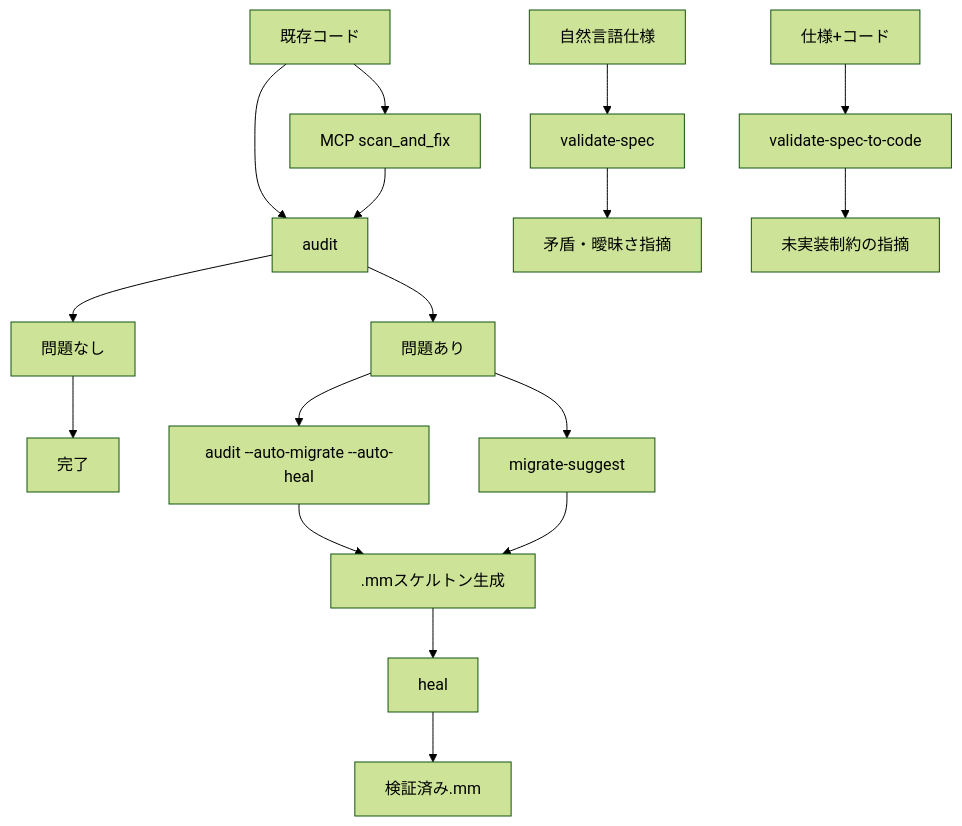
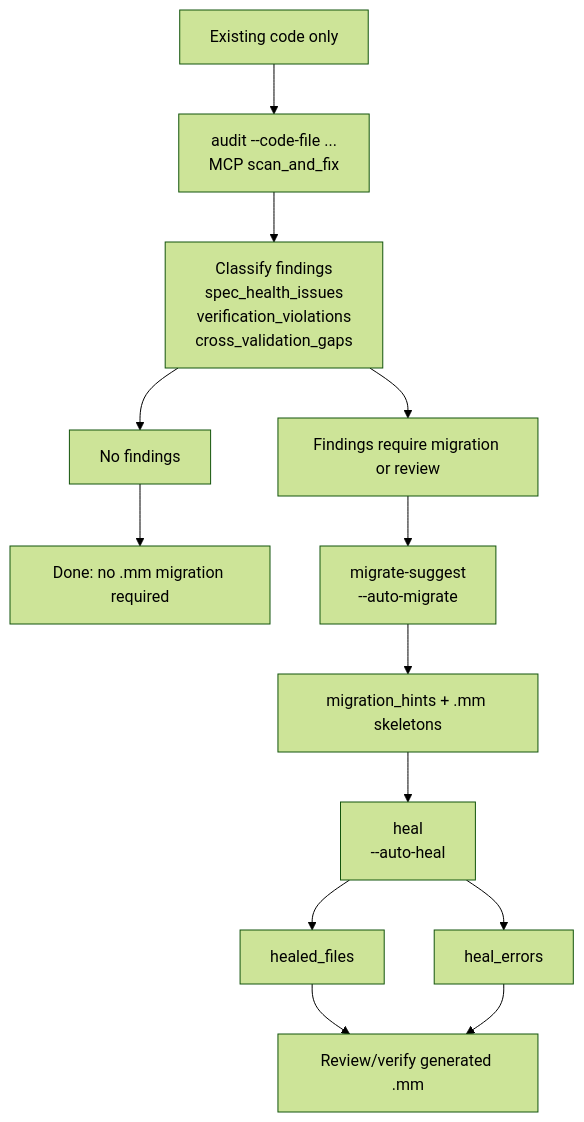
Before and after one commit to mumei-lang/mumei-agent: the second of 2 diagrams in README.md, drawn with Mermaid (forest theme). The commit also changed other lines of this file and 5 other files, not shown here.

````diff
--- a/README.md
+++ b/README.md
@@ -138,19 +151,15 @@
 ```mermaid
 flowchart TD
-    existing["既存コード"] --> audit["audit"]
-    existing --> mcp_scan["MCP scan_and_fix"]
-    mcp_scan --> audit
-    audit --> ok["問題なし"]
-    ok --> done["完了"]
-    audit --> issue["問題あり"]
-    issue --> one_cmd["audit --auto-migrate --auto-heal"]
-    issue --> migrate["migrate-suggest"]
-    one_cmd --> skeleton[".mmスケルトン生成"]
-    migrate --> skeleton[".mmスケルトン生成"]
-    skeleton --> heal["heal"]
-    heal --> verified["検証済み.mm"]
-    nl["自然言語仕様"] --> validate_spec["validate-spec"]
-    validate_spec --> spec_feedback["矛盾・曖昧さ指摘"]
-    spec_code["仕様+コード"] --> validate_spec_to_code["validate-spec-to-code"]
-    validate_spec_to_code --> missing_constraints["未実装制約の指摘"]
+    input["Existing code only"] --> entry["audit --code-file ...<br/>MCP scan_and_fix"]
+    entry --> classify["Classify findings<br/>spec_health_issues<br/>verification_violations<br/>cross_validation_gaps"]
+    classify --> clean["No findings"]
+    clean --> done["Done: no .mm migration required"]
+    classify --> findings["Findings require migration or review"]
+    findings --> migrate["migrate-suggest<br/>--auto-migrate"]
+    migrate --> hints["migration_hints + .mm skeletons"]
+    hints --> heal["heal<br/>--auto-heal"]
+    heal --> healed["healed_files"]
+    heal --> errors["heal_errors"]
+    healed --> review["Review/verify generated .mm"]
+    errors --> review
 ```
````
